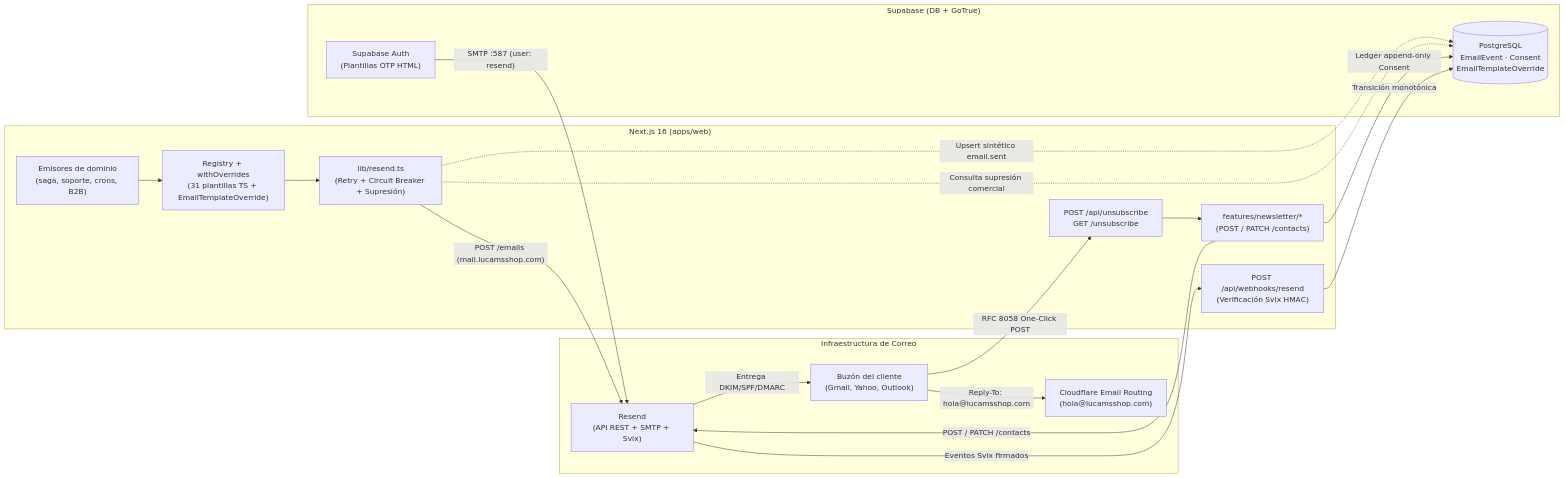
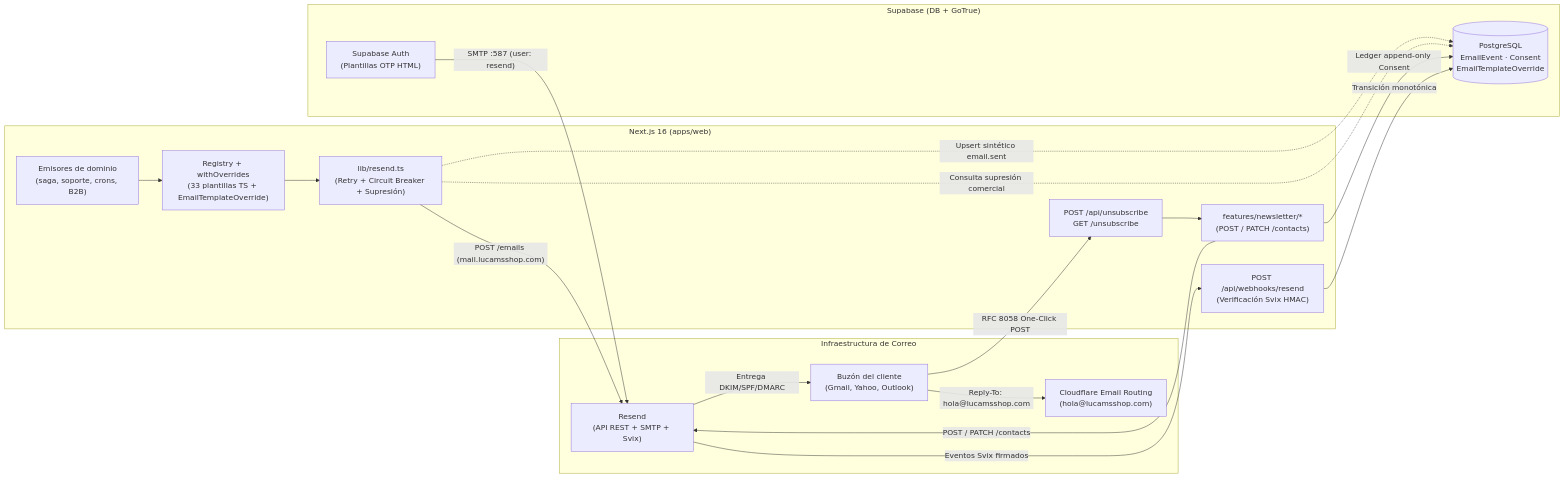
The first of 2 diagrams in docs/integrations/resend-and-emails.md (jullieth93/lucams), drawn with Mermaid before and after one commit. The commit also changed other lines of this file and 77 other files, not shown here.

````diff
--- a/docs/integrations/resend-and-emails.md
+++ b/docs/integrations/resend-and-emails.md
@@ -15,36 +15,36 @@
 ```mermaid
 flowchart LR
   subgraph App["Next.js 16 (apps/web)"]
     Senders["Emisores de dominio\n(saga, soporte, crons, B2B)"]
-    Registry["Registry + withOverrides\n(31 plantillas TS + EmailTemplateOverride)"]
+    Registry["Registry + withOverrides\n(33 plantillas TS + EmailTemplateOverride)"]
     Client["lib/resend.ts\n(Retry + Circuit Breaker + Supresión)"]
     Contacts["features/newsletter/*\n(POST / PATCH /contacts)"]
     Webhook["POST /api/webhooks/resend\n(Verificación Svix HMAC)"]
     Unsub["POST /api/unsubscribe\nGET /unsubscribe"]
   end
 
   subgraph Supabase["Supabase (DB + GoTrue)"]
     GoTrue["Supabase Auth\n(Plantillas OTP HTML)"]
     DB[("PostgreSQL\nEmailEvent · Consent\nEmailTemplateOverride")]
   end
 
   subgraph External["Infraestructura de Correo"]
     Resend["Resend\n(API REST + SMTP + Svix)"]
     CF["Cloudflare Email Routing\n(hola@lucamsshop.com)"]
     Inbox["Buzón del cliente\n(Gmail, Yahoo, Outlook)"]
   end
 
   Senders --> Registry --> Client
   Client -->|"POST /emails (mail.lucamsshop.com)"| Resend
   Client -.->|"Upsert sintético email.sent"| DB
   Client -.->|"Consulta supresión comercial"| DB
   Contacts -->|"POST / PATCH /contacts"| Resend
   Contacts -->|"Ledger append-only Consent"| DB
   GoTrue -->|"SMTP :587 (user: resend)"| Resend
   Resend -->|"Entrega DKIM/SPF/DMARC"| Inbox
   Resend -->|"Eventos Svix firmados"| Webhook
   Webhook -->|"Transición monotónica"| DB
   Inbox -->|"Reply-To: hola@lucamsshop.com"| CF
   Inbox -->|"RFC 8058 One-Click POST"| Unsub
   Unsub --> Contacts
 ```
````
